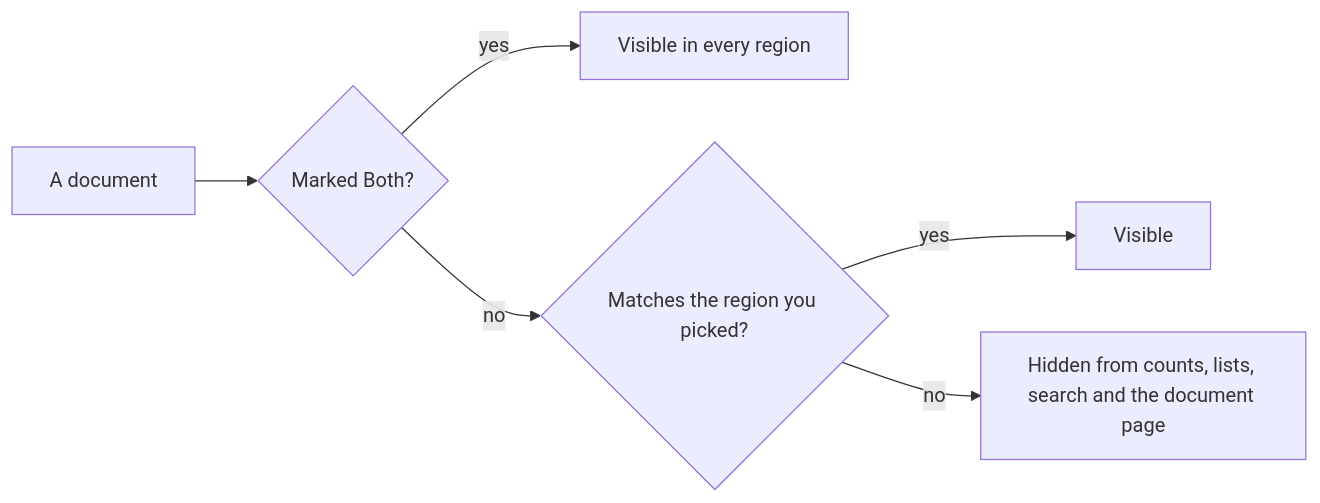
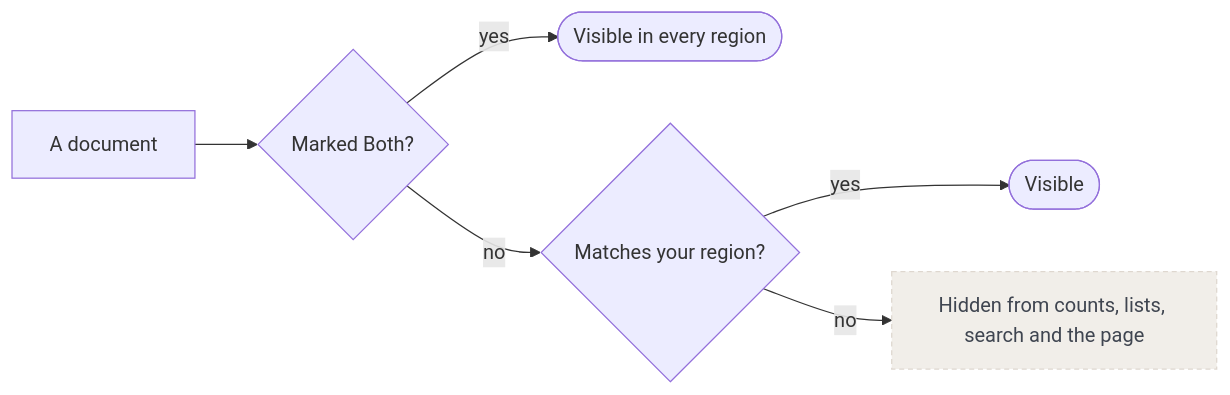
One commit to hbarsky00/barsky-design-canvas changed the diagram in docs/diagrams/bz-essentials/region-rule.mmd. Above: the diagram before and after it, drawn with Mermaid. The commit also changed 53 other files, not shown here.

First line of the commit message:
Redraw every diagram so they read at 1:1 and stop looking like one template

```diff
--- a/docs/diagrams/bz-essentials/region-rule.mmd
+++ b/docs/diagrams/bz-essentials/region-rule.mmd
@@ -1,6 +1,11 @@
 flowchart LR
+  classDef old fill:#F1EEE9,stroke:#DED7CF,color:#3F4550,stroke-dasharray:4 3
+  classDef gate fill:#B04321,stroke:#B04321,color:#FFFFFF
+  classDef out fill:#FBFAF8,stroke:#DED7CF,color:#3F4550,stroke-dasharray:4 3
+  classDef ai fill:#FFFFFF,stroke:#3F4550,color:#231E1A
   a[A document] --> b{Marked Both?}
-  b -->|yes| v[Visible in every region]
-  b -->|no| c{Matches the region you picked?}
-  c -->|yes| v2[Visible]
-  c -->|no| h[Hidden from counts, lists, search and the document page]
+  b -->|yes| v([Visible in every region])
+  b -->|no| c{Matches your region?}
+  c -->|yes| v2([Visible])
+  c -->|no| h[Hidden from counts, lists, search and the page]
+  class h old
```
